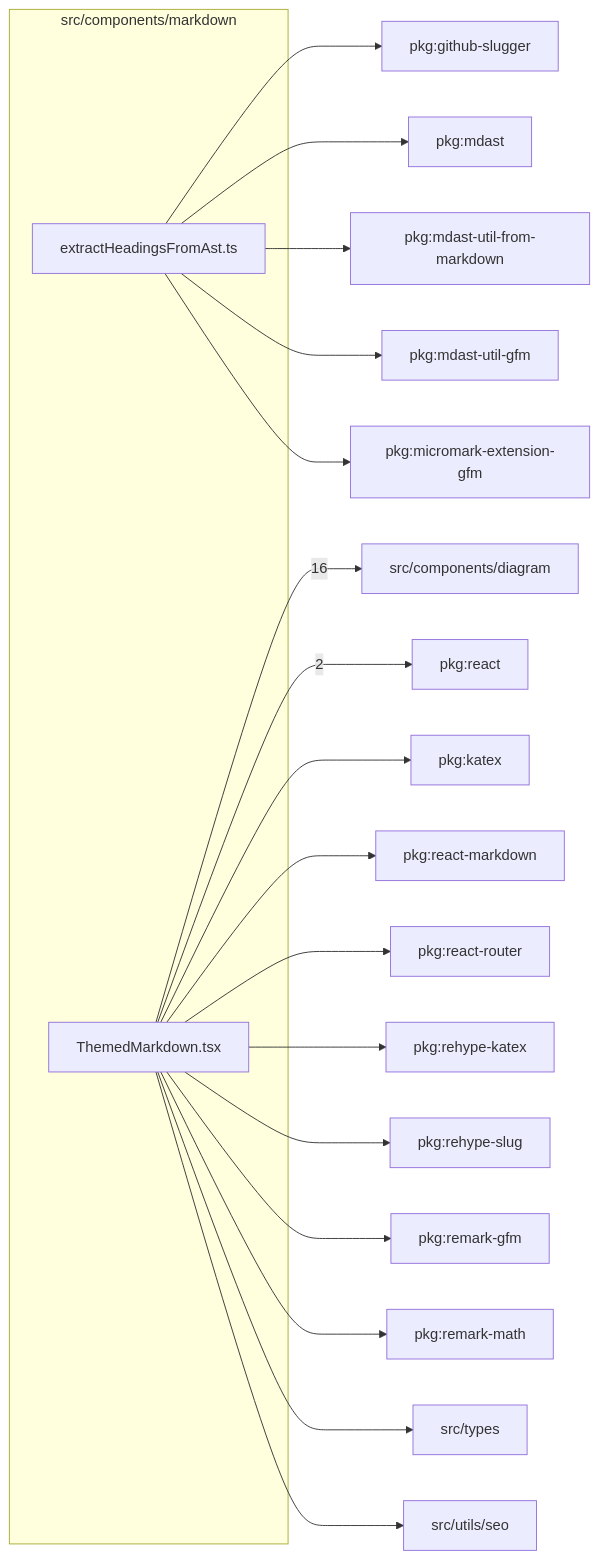
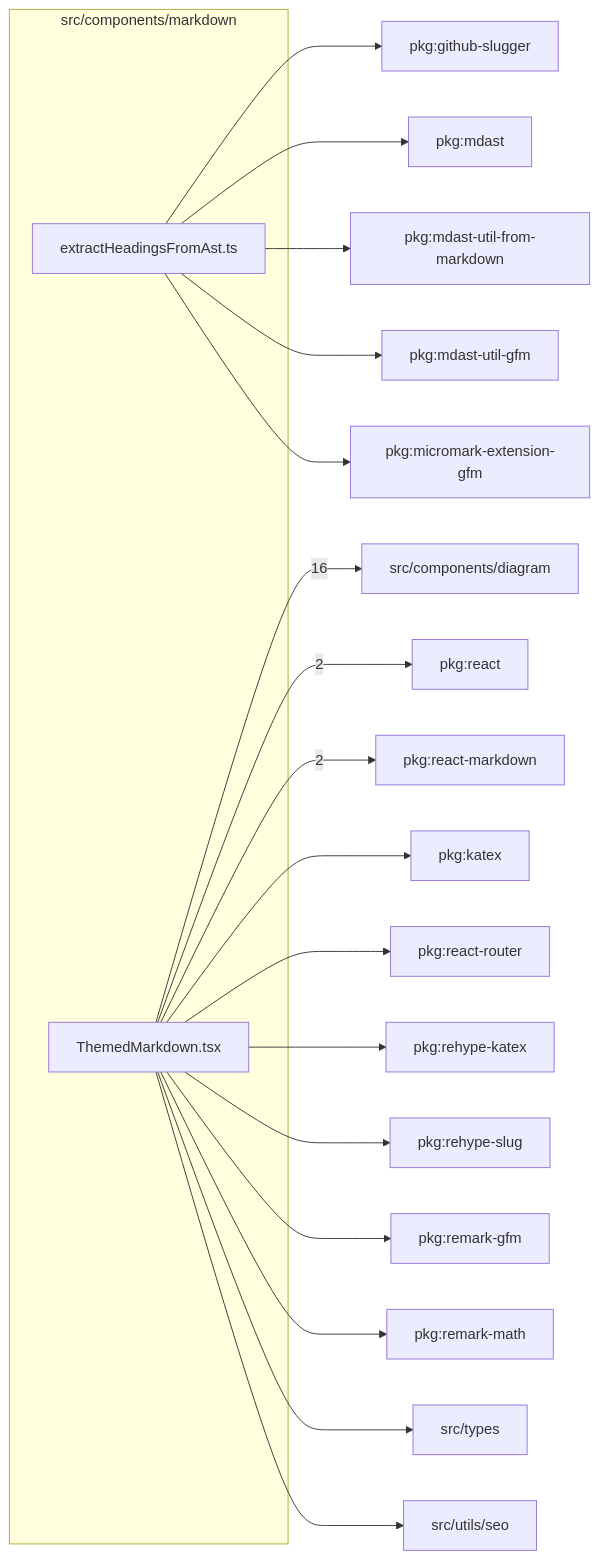
The diagram in src/components/markdown/readme.md (ronbuening/LensVisualizer), drawn with Mermaid before and after one commit. The commit also changed other lines of this file and 33 other files, not shown here.

First line of the commit message:
Drop the invalid height="auto" attribute from article figure SVGs

````diff
--- a/src/components/markdown/readme.md
+++ b/src/components/markdown/readme.md
@@ -9,39 +9,39 @@
 ```mermaid
 flowchart LR
   subgraph n_src_components_markdown["src/components/markdown"]
     n_src_components_markdown_src_components_markdown_extractHeadingsFromAst_ts["extractHeadingsFromAst.ts"]
     n_src_components_markdown_src_components_markdown_ThemedMarkdown_tsx["ThemedMarkdown.tsx"]
   end
   n_external_src_components_diagram["src/components/diagram"]
   n_external_pkg_react["pkg:react"]
+  n_external_pkg_react_markdown["pkg:react-markdown"]
   n_external_pkg_github_slugger["pkg:github-slugger"]
   n_external_pkg_katex["pkg:katex"]
   n_external_pkg_mdast["pkg:mdast"]
   n_external_pkg_mdast_util_from_markdown["pkg:mdast-util-from-markdown"]
   n_external_pkg_mdast_util_gfm["pkg:mdast-util-gfm"]
   n_external_pkg_micromark_extension_gfm["pkg:micromark-extension-gfm"]
-  n_external_pkg_react_markdown["pkg:react-markdown"]
   n_external_pkg_react_router["pkg:react-router"]
   n_external_pkg_rehype_katex["pkg:rehype-katex"]
   n_external_pkg_rehype_slug["pkg:rehype-slug"]
   n_external_pkg_remark_gfm["pkg:remark-gfm"]
   n_external_pkg_remark_math["pkg:remark-math"]
   n_external_src_types["src/types"]
   n_external_src_utils_seo["src/utils/seo"]
   n_src_components_markdown_src_components_markdown_ThemedMarkdown_tsx --> |16| n_external_src_components_diagram
   n_src_components_markdown_src_components_markdown_ThemedMarkdown_tsx --> |2| n_external_pkg_react
+  n_src_components_markdown_src_components_markdown_ThemedMarkdown_tsx --> |2| n_external_pkg_react_markdown
   n_src_components_markdown_src_components_markdown_extractHeadingsFromAst_ts --> n_external_pkg_github_slugger
   n_src_components_markdown_src_components_markdown_ThemedMarkdown_tsx --> n_external_pkg_katex
   n_src_components_markdown_src_components_markdown_extractHeadingsFromAst_ts --> n_external_pkg_mdast
   n_src_components_markdown_src_components_markdown_extractHeadingsFromAst_ts --> n_external_pkg_mdast_util_from_markdown
   n_src_components_markdown_src_components_markdown_extractHeadingsFromAst_ts --> n_external_pkg_mdast_util_gfm
   n_src_components_markdown_src_components_markdown_extractHeadingsFromAst_ts --> n_external_pkg_micromark_extension_gfm
-  n_src_components_markdown_src_components_markdown_ThemedMarkdown_tsx --> n_external_pkg_react_markdown
   n_src_components_markdown_src_components_markdown_ThemedMarkdown_tsx --> n_external_pkg_react_router
   n_src_components_markdown_src_components_markdown_ThemedMarkdown_tsx --> n_external_pkg_rehype_katex
   n_src_components_markdown_src_components_markdown_ThemedMarkdown_tsx --> n_external_pkg_rehype_slug
   n_src_components_markdown_src_components_markdown_ThemedMarkdown_tsx --> n_external_pkg_remark_gfm
   n_src_components_markdown_src_components_markdown_ThemedMarkdown_tsx --> n_external_pkg_remark_math
   n_src_components_markdown_src_components_markdown_ThemedMarkdown_tsx --> n_external_src_types
   n_src_components_markdown_src_components_markdown_ThemedMarkdown_tsx --> n_external_src_utils_seo
 ```
````
